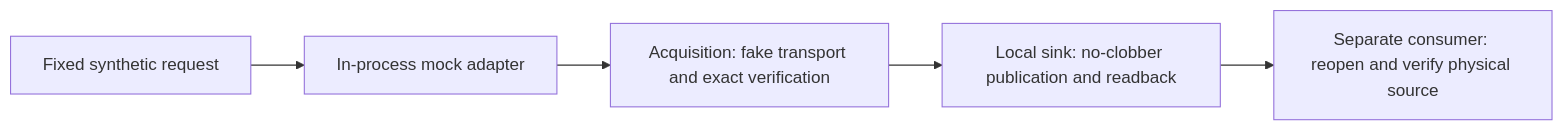
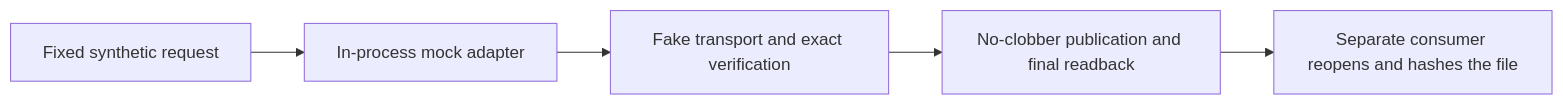
One commit to wolffrichardj/verified-artifact-collection changed the diagram in README.md. Above: the diagram before and after it, drawn with Mermaid. The commit also changed other lines of this file, not shown here.

````diff
--- a/README.md
+++ b/README.md
@@ -48,7 +60,7 @@
 ```mermaid
 flowchart LR
   Request[Fixed synthetic request] --> Adapter[In-process mock adapter]
-  Adapter --> Acquire[Acquisition: fake transport and exact verification]
-  Acquire --> Sink[Local sink: no-clobber publication and readback]
-  Sink --> Consumer[Separate consumer: reopen and verify physical source]
+  Adapter --> Acquire[Fake transport and exact verification]
+  Acquire --> Sink[No-clobber publication and final readback]
+  Sink --> Consumer[Separate consumer reopens and hashes the file]
 ```
````
